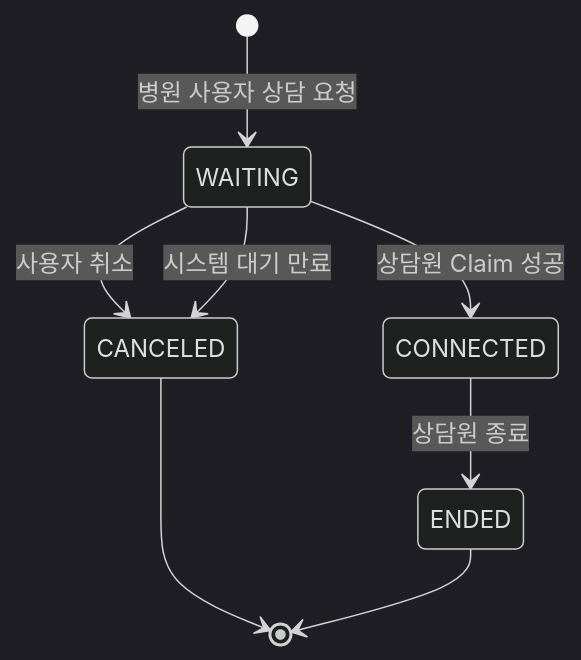
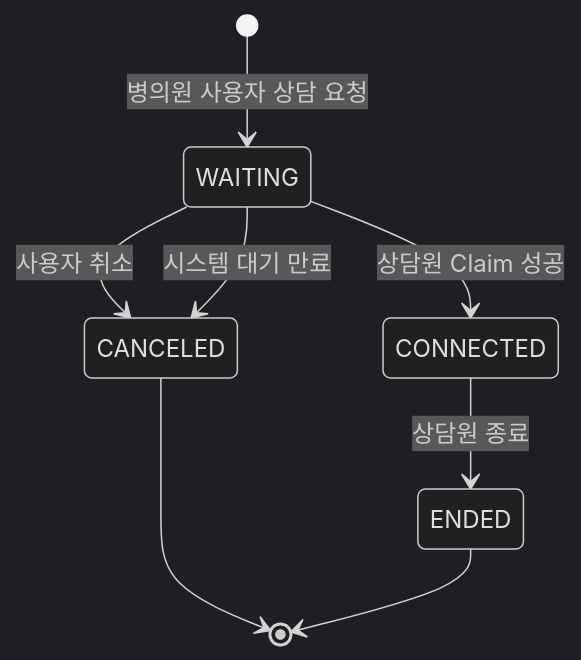
Before and after one commit to xowlsakffl/beaulab_backend: the fifth of 6 diagrams in develop-doc/hospital-chatbot-prd.md, drawn with Mermaid (dark theme). The commit also changed other lines of this file and 244 other files, not shown here.

````diff
--- a/develop-doc/hospital-chatbot-prd.md
+++ b/develop-doc/hospital-chatbot-prd.md
@@ -1233,10 +1233,10 @@
 ```mermaid
 stateDiagram-v2
-    [*] --> WAITING: 병원 사용자 상담 요청
+    [*] --> WAITING: 병의원 사용자 상담 요청
     WAITING --> CONNECTED: 상담원 Claim 성공
     WAITING --> CANCELED: 사용자 취소
     WAITING --> CANCELED: 시스템 대기 만료
     CONNECTED --> ENDED: 상담원 종료
     CANCELED --> [*]
     ENDED --> [*]
 ```
````
